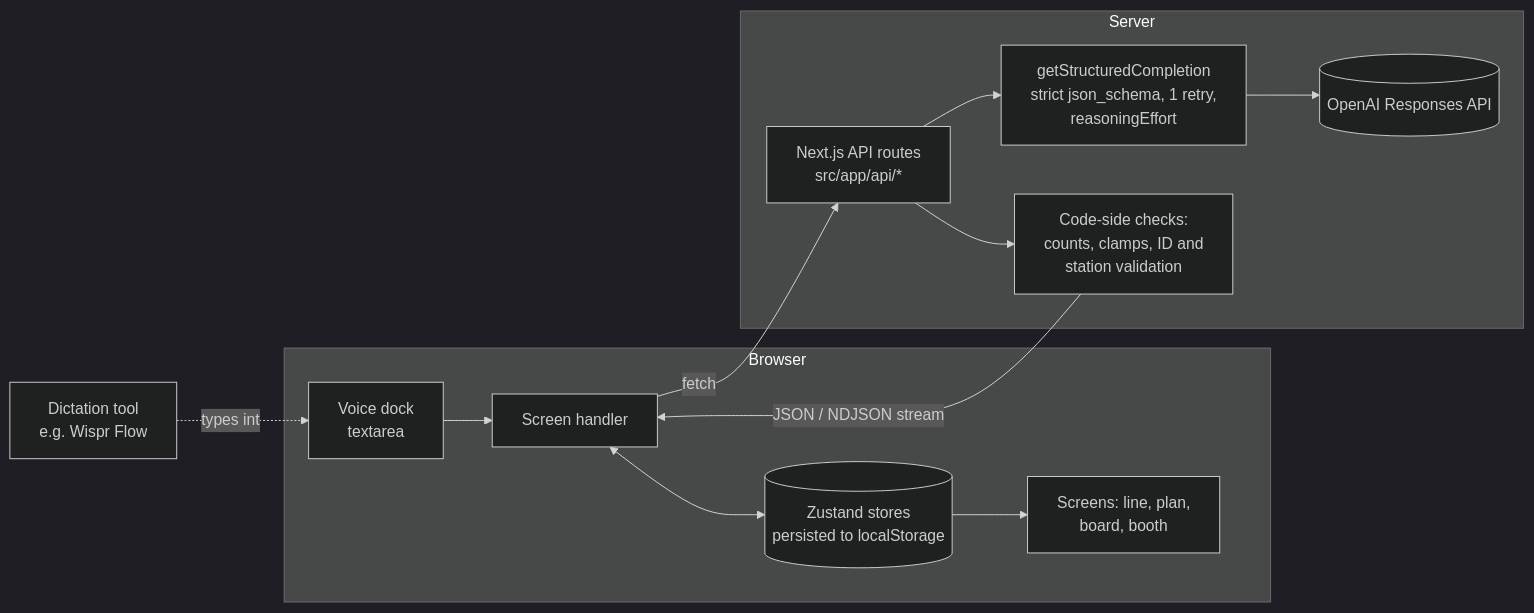
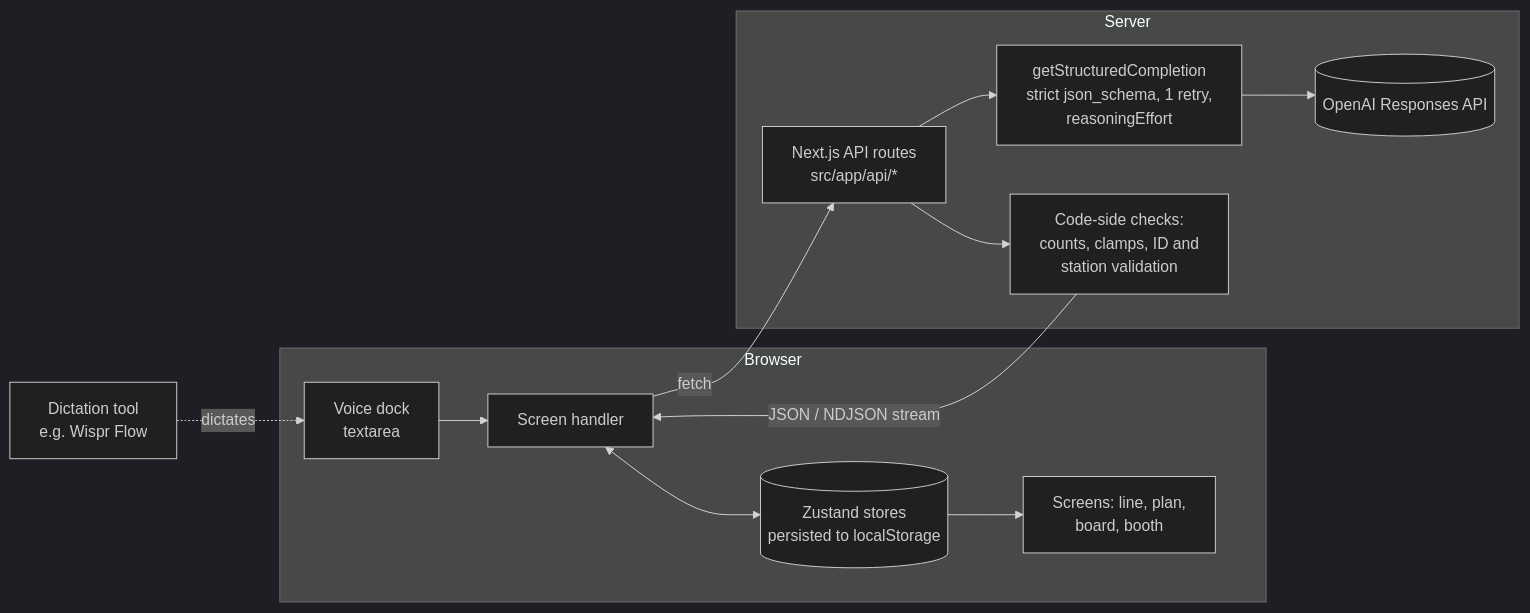
The diagram in README.md (Akshu2811/PivotLine), drawn with Mermaid (dark theme) before and after one commit. The commit also changed 4 other files, not shown here.

````diff
--- a/README.md
+++ b/README.md
@@ -91,16 +91,16 @@
 ```mermaid
 flowchart LR
   subgraph Browser
     D[Voice dock<br/>textarea] --> S[Screen handler]
     S <--> Z[(Zustand stores<br/>persisted to localStorage)]
     Z --> UI[Screens: line, plan,<br/>board, booth]
   end
   S -- fetch --> R[Next.js API routes<br/>src/app/api/*]
   subgraph Server
     R --> H[getStructuredCompletion<br/>strict json_schema, 1 retry,<br/>reasoningEffort]
     H --> O[(OpenAI Responses API)]
     R --> C[Code-side checks:<br/>counts, clamps, ID and<br/>station validation]
   end
   C -- JSON / NDJSON stream --> S
-  X[Dictation tool<br/>e.g. Wispr Flow] -.types into.-> D
+  X[Dictation tool<br/>e.g. Wispr Flow] -.dictates.-> D
 ```
````
